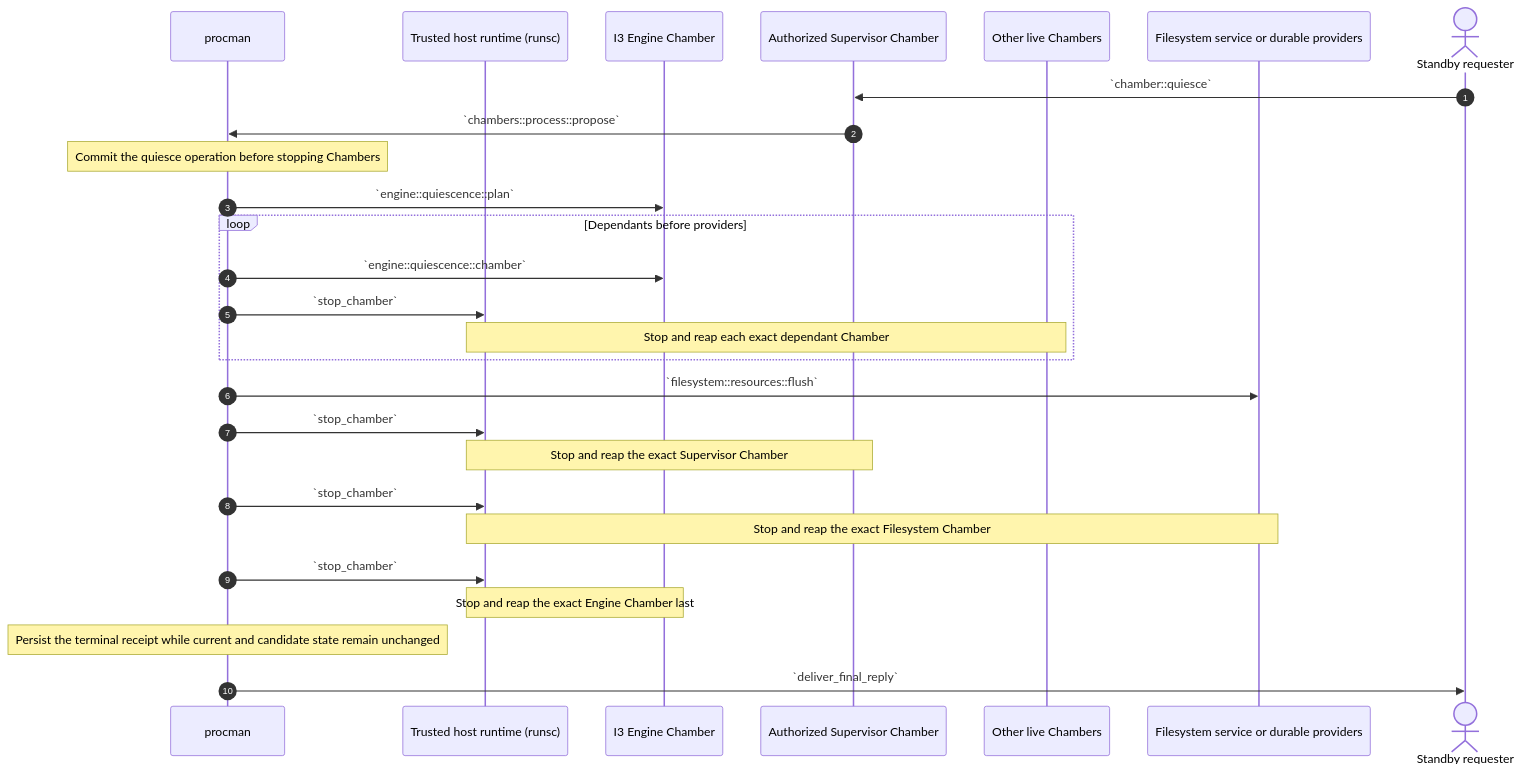
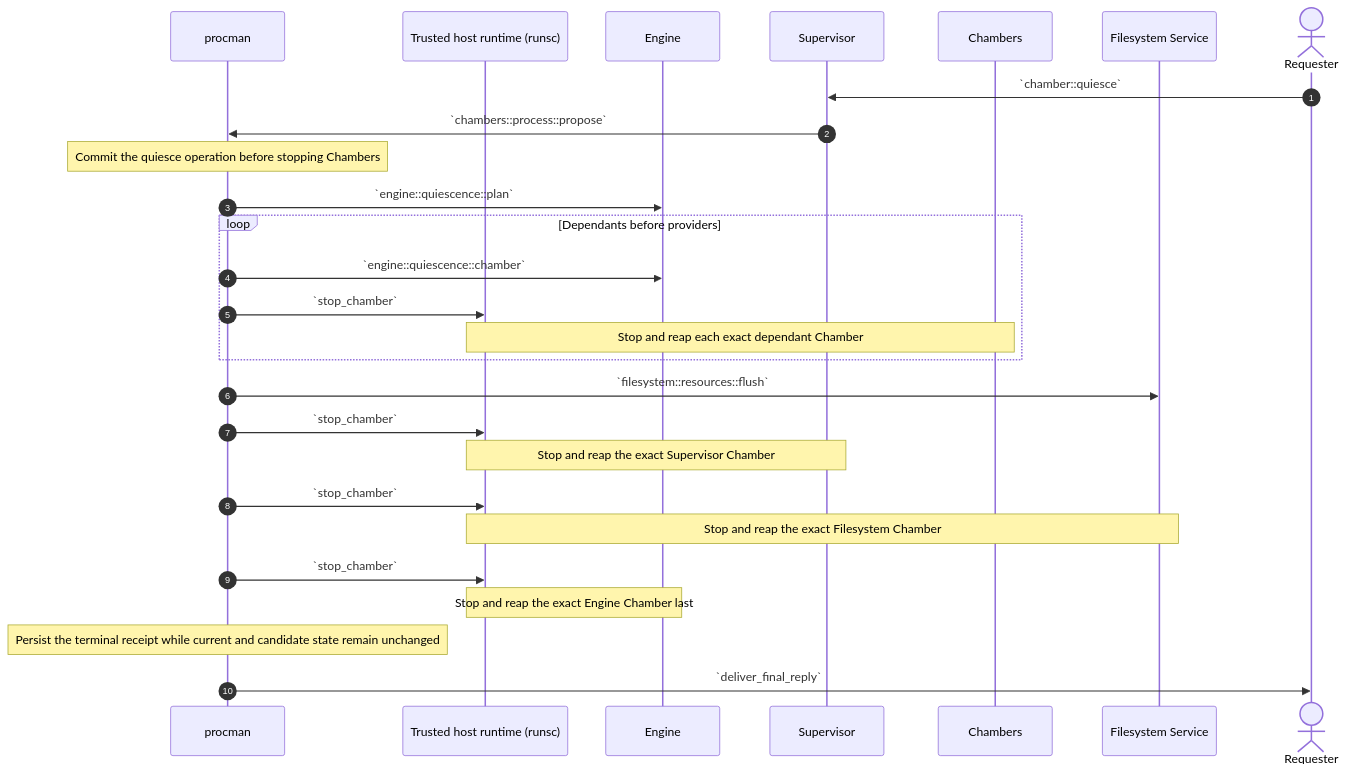
Before and after one commit to dreamcatcher-tech/chambers-lifecycle-explorer: diagram 12 of 12 in source/chambers-lifecycle-sequences.md, drawn with Mermaid. The commit also changed other lines of this file and 7 other files, not shown here.

````diff
--- a/source/chambers-lifecycle-sequences.md
+++ b/source/chambers-lifecycle-sequences.md
@@ -922,32 +1059,32 @@
 ```mermaid
 sequenceDiagram
     autonumber
     participant procman
     participant Runtime as Trusted host runtime (runsc)
-    participant Engine as I3 Engine Chamber
-    participant Supervisor as Authorized Supervisor Chamber
-    participant Members as Other live Chambers
-    participant Filesystem as Filesystem service or durable providers
-    actor Requester as Standby requester
+    participant Engine
+    participant Supervisor
+    participant Members as Chambers
+    participant Filesystem as Filesystem Service
+    actor Requester
 
     Requester->>Supervisor: `chamber::quiesce`
     Supervisor->>procman: `chambers::process::propose`
     Note over procman: Commit the quiesce operation before stopping Chambers
     procman->>Engine: `engine::quiescence::plan`
 
     loop Dependants before providers
         procman->>Engine: `engine::quiescence::chamber`
         procman->>Runtime: `stop_chamber`
         Note over Runtime,Members: Stop and reap each exact dependant Chamber
     end
 
     procman->>Filesystem: `filesystem::resources::flush`
     procman->>Runtime: `stop_chamber`
     Note over Runtime,Supervisor: Stop and reap the exact Supervisor Chamber
     procman->>Runtime: `stop_chamber`
     Note over Runtime,Filesystem: Stop and reap the exact Filesystem Chamber
     procman->>Runtime: `stop_chamber`
     Note over Runtime,Engine: Stop and reap the exact Engine Chamber last
     Note over procman: Persist the terminal receipt while current and candidate state remain unchanged
     procman->>Requester: `deliver_final_reply`
 ```
````
